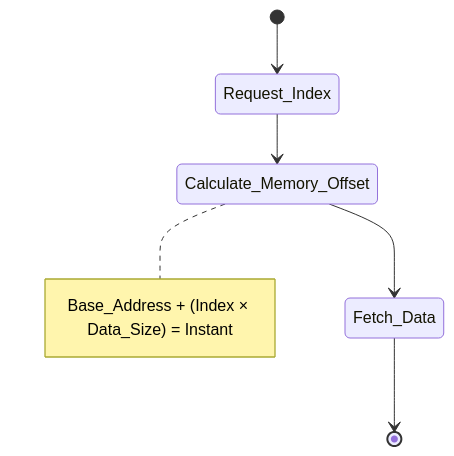
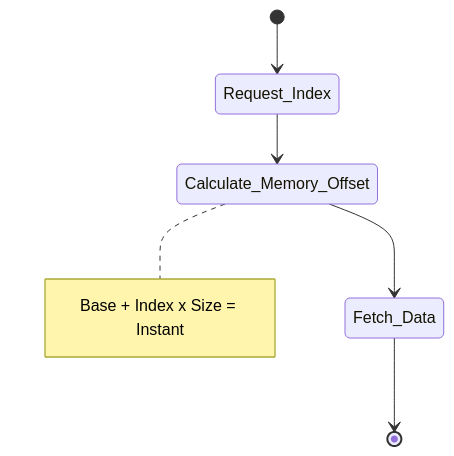
Before and after one commit to hagaramr2005/DSA-From-Scratch: the third of 9 diagrams in 01-Algorithm-Analysis/01- Big O notation.md, drawn with Mermaid. The commit also changed other lines of this file, not shown here.

````diff
--- a/01-Algorithm-Analysis/01- Big O notation.md
+++ b/01-Algorithm-Analysis/01- Big O notation.md
@@ -226,8 +238,8 @@
 ```mermaid
 stateDiagram-v2
     [*] --> Request_Index
     Request_Index --> Calculate_Memory_Offset
     Calculate_Memory_Offset --> Fetch_Data
     Fetch_Data --> [*]
-    note right of Calculate_Memory_Offset: Base_Address + (Index × Data_Size) = Instant
+    note right of Calculate_Memory_Offset: Base + Index x Size = Instant
 ```
````
